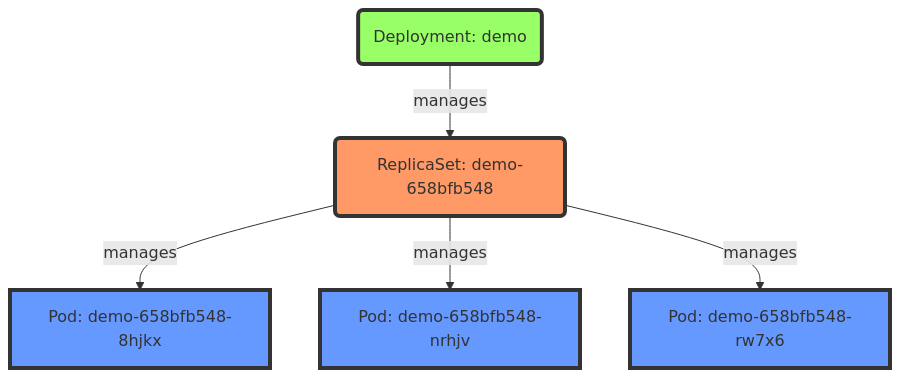
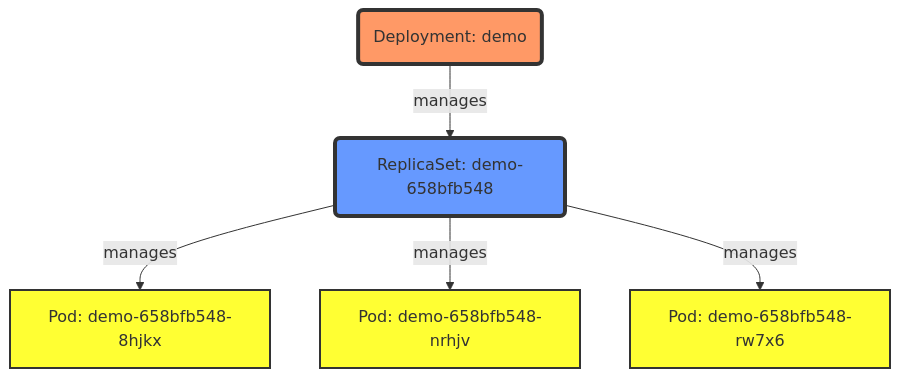
The third of 3 diagrams in content/021_running_at_scale/_index.md (amcginlay/k8s-primer), drawn with Mermaid before and after one commit. The commit also changed other lines of this file, not shown here.

Commit message:
shuffled a diagram around

```diff
--- a/content/021_running_at_scale/_index.md
+++ b/content/021_running_at_scale/_index.md
@@ -253,22 +255,22 @@
 {{< mermaid >}}
 graph TB
 deployment(Deployment: demo)
 replicaSetA(ReplicaSet: demo-658bfb548)
 podA[Pod: demo-658bfb548-8hjkx]
 podB[Pod: demo-658bfb548-nrhjv]
 podC[Pod: demo-658bfb548-rw7x6]
 
 deployment-->|manages|replicaSetA
 replicaSetA-->|manages|podA
 replicaSetA-->|manages|podB
 replicaSetA-->|manages|podC
 
   classDef green fill:#9f6,stroke:#333,stroke-width:4px;
   classDef orange fill:#f96,stroke:#333,stroke-width:4px;
   classDef blue fill:#69f,stroke:#333,stroke-width:4px;
   classDef yellow fill:#ff3,stroke:#333,stroke-width:2px;
-  class deployment green;
-  class replicaSetA orange;
-  class podA,podB,podC blue;
+  class deployment orange;
+  class replicaSetA blue;
+  class podA,podB,podC yellow;
   %% class containerA,containerB yellow;
 {{< /mermaid >}}
```
